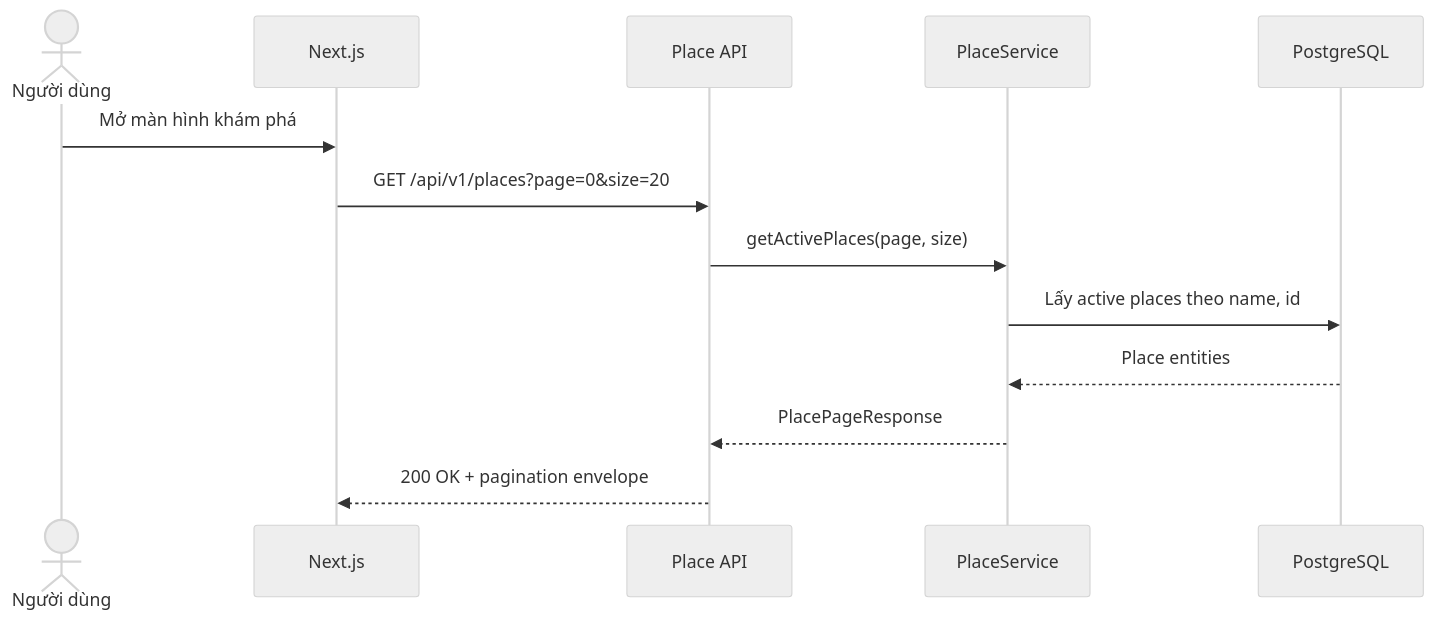
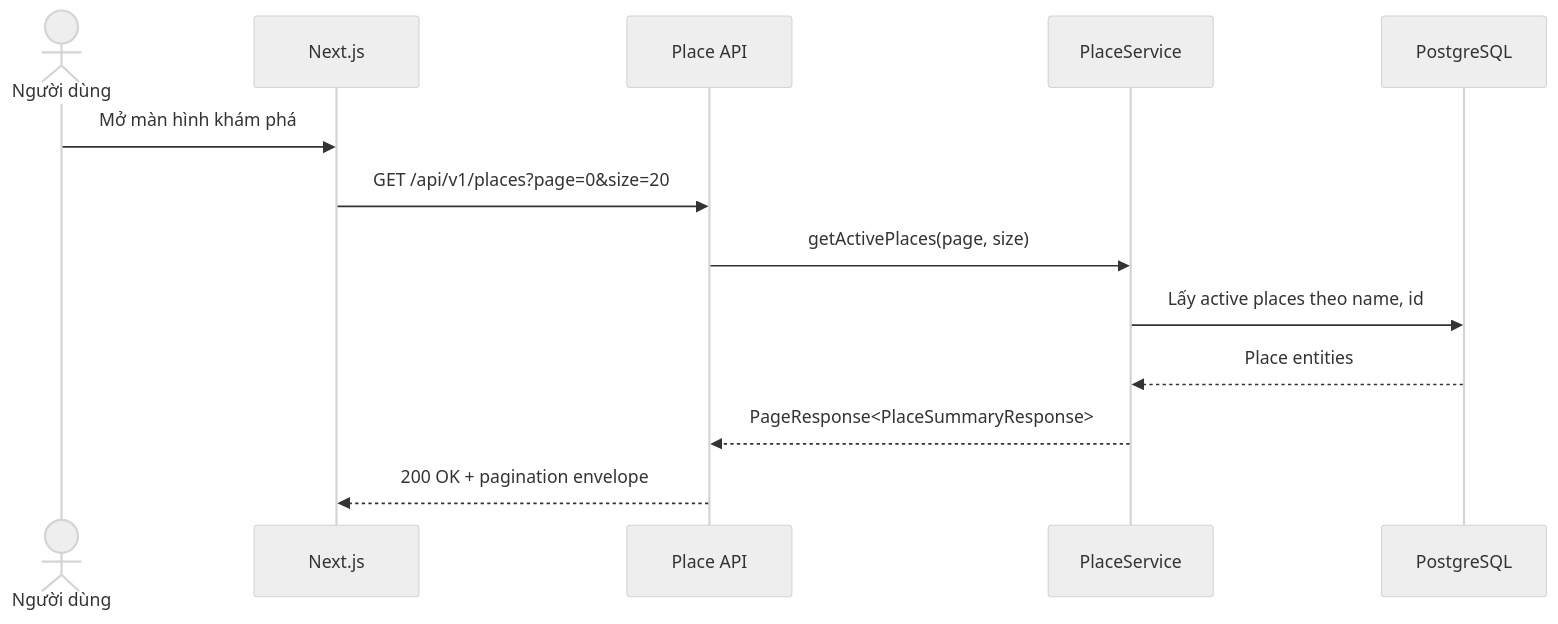
One commit to BaTannnn/saigon-plan-travel changed the diagram in docs/01-Requirements/Features/FEAT-001-place-catalog-api-mvp.md. Above: the diagram before and after it, drawn with Mermaid (neutral theme). The commit also changed other lines of this file and 3 other files, not shown here.

Commit message:
docs(admin): document current management flows

````diff
--- a/docs/01-Requirements/Features/FEAT-001-place-catalog-api-mvp.md
+++ b/docs/01-Requirements/Features/FEAT-001-place-catalog-api-mvp.md
@@ -160,15 +160,15 @@
 ```mermaid
 sequenceDiagram
     actor User as Người dùng
     participant FE as Next.js
     participant API as Place API
     participant SVC as PlaceService
     participant DB as PostgreSQL
     User->>FE: Mở màn hình khám phá
     FE->>API: GET /api/v1/places?page=0&size=20
     API->>SVC: getActivePlaces(page, size)
     SVC->>DB: Lấy active places theo name, id
     DB-->>SVC: Place entities
-    SVC-->>API: PlacePageResponse
+    SVC-->>API: PageResponse<PlaceSummaryResponse>
     API-->>FE: 200 OK + pagination envelope
 ```
````
